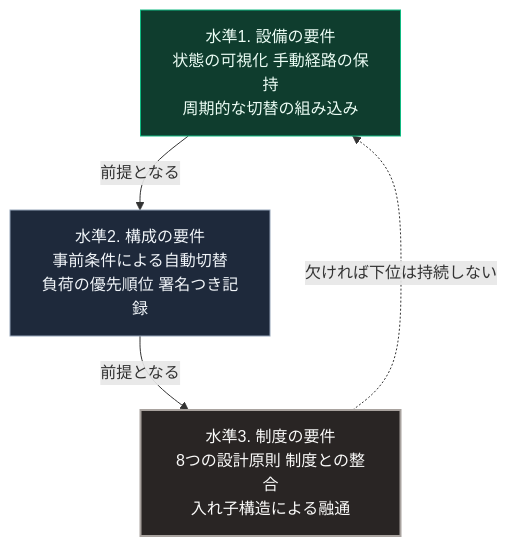
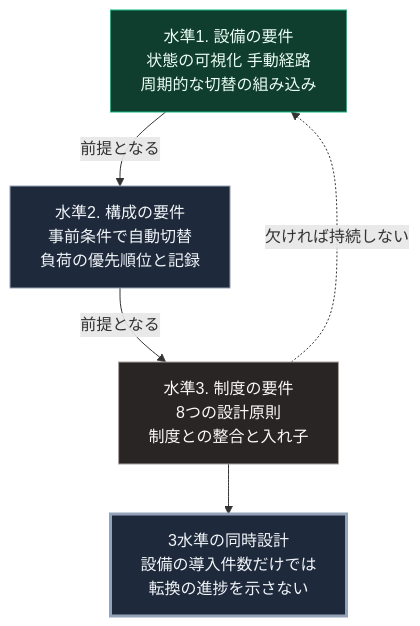
One commit to Takenori-Kusaka/zenn-content changed the diagram in books/sovereign-resilience-blueprint/60_systems-engineer-manifesto.md. Above: the diagram before and after it, drawn with Mermaid. The commit also changed other lines of this file and 114 other files, not shown here.

````diff
--- a/books/sovereign-resilience-blueprint/60_systems-engineer-manifesto.md
+++ b/books/sovereign-resilience-blueprint/60_systems-engineer-manifesto.md
@@ -51,11 +51,13 @@
 ```mermaid
 flowchart TD
-    L1[水準1. 設備の要件<br>状態の可視化 手動経路の保持<br>周期的な切替の組み込み]
-    L1 -->|前提となる| L2[水準2. 構成の要件<br>事前条件による自動切替<br>負荷の優先順位 署名つき記録]
-    L2 -->|前提となる| L3[水準3. 制度の要件<br>8つの設計原則 制度との整合<br>入れ子構造による融通]
-    L3 -.->|欠ければ下位は持続しない| L1
+    L1[水準1. 設備の要件<br>状態の可視化 手動経路<br>周期的な切替の組み込み]
+    L1 -->|前提となる| L2[水準2. 構成の要件<br>事前条件で自動切替<br>負荷の優先順位と記録]
+    L2 -->|前提となる| L3[水準3. 制度の要件<br>8つの設計原則<br>制度との整合と入れ子]
+    L3 -.->|欠ければ持続しない| L1
+    L3 --> K[3水準の同時設計<br>設備の導入件数だけでは<br>転換の進捗を示さない]
 
     style L1 fill:#0f3d2e,stroke:#10b981,color:#ecfdf5
     style L2 fill:#1e293b,stroke:#94a3b8,color:#f1f5f9
-    style L3 fill:#292524,stroke:#a8a29e,stroke-width:2px,color:#fafaf9
+    style L3 fill:#292524,stroke:#a8a29e,color:#fafaf9
+    style K fill:#1e293b,stroke:#94a3b8,stroke-width:3px,color:#f1f5f9
 ```
````
